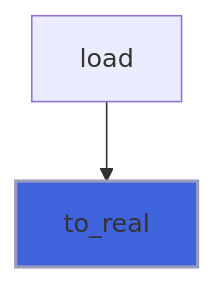
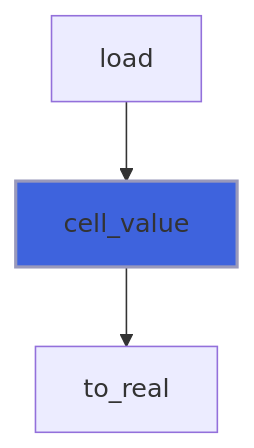
One commit to szaghi/foresight changed the ninth of 11 diagrams in docs/api/src/lib/foresight_datafile.md. Above: the diagram before and after it, drawn with Mermaid. The commit also changed other lines of this file and 97 other files, not shown here.

````diff
--- a/docs/api/src/lib/foresight_datafile.md
+++ b/docs/api/src/lib/foresight_datafile.md
@@ -232,5 +370,6 @@
 ```mermaid
 flowchart TD
-  load["load"] --> to_real["to_real"]
-  style to_real fill:#3e63dd,stroke:#99b,stroke-width:2px
+  load["load"] --> cell_value["cell_value"]
+  cell_value["cell_value"] --> to_real["to_real"]
+  style cell_value fill:#3e63dd,stroke:#99b,stroke-width:2px
 ```
````
